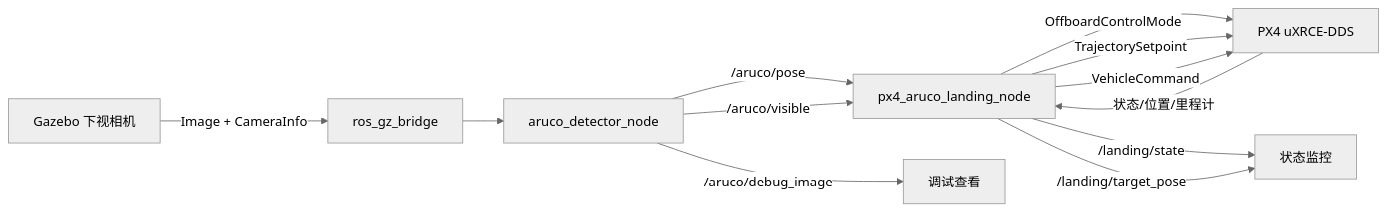
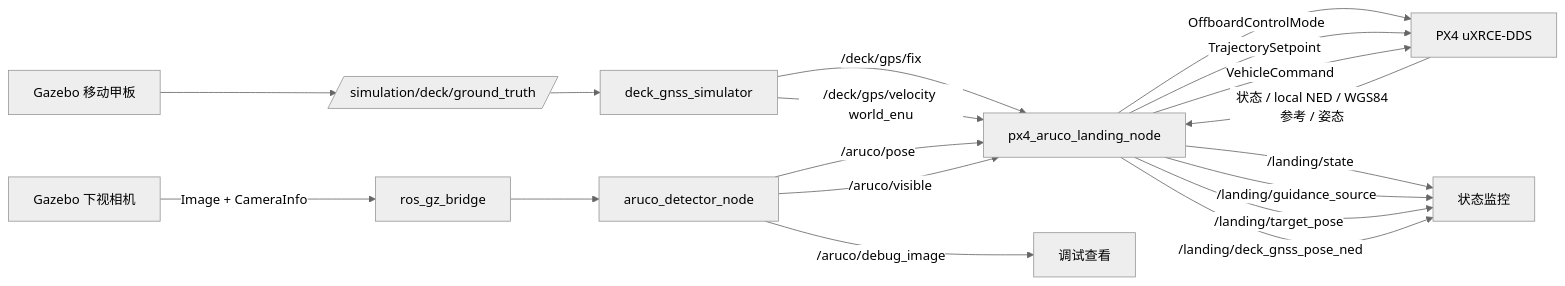
One commit to yjMa23/-ws_aruco_landing changed the diagram in docs/README.md. Above: the diagram before and after it, drawn with Mermaid (neutral theme). The commit also changed other lines of this file and 15 other files, not shown here.

````diff
--- a/docs/README.md
+++ b/docs/README.md
@@ -11,14 +29,23 @@
 ```mermaid
 flowchart LR
+    DECK[Gazebo 移动甲板] --> GT[/simulation/deck/ground_truth/]
+    GT --> GNSS[deck_gnss_simulator]
+    GNSS -->|/deck/gps/fix| CTRL[px4_aruco_landing_node]
+    GNSS -->|/deck/gps/velocity world_enu| CTRL
+
     GZ[Gazebo 下视相机] -->|Image + CameraInfo| BR[ros_gz_bridge]
     BR --> DET[aruco_detector_node]
-    DET -->|/aruco/pose| CTRL[px4_aruco_landing_node]
+    DET -->|/aruco/pose| CTRL
     DET -->|/aruco/visible| CTRL
     DET -->|/aruco/debug_image| VIEW[调试查看]
-    PX4[PX4 uXRCE-DDS] -->|状态/位置/里程计| CTRL
+
+    PX4[PX4 uXRCE-DDS] -->|状态 / local NED / WGS84参考 / 姿态| CTRL
     CTRL -->|OffboardControlMode| PX4
     CTRL -->|TrajectorySetpoint| PX4
     CTRL -->|VehicleCommand| PX4
+
     CTRL -->|/landing/state| MON[状态监控]
+    CTRL -->|/landing/guidance_source| MON
     CTRL -->|/landing/target_pose| MON
+    CTRL -->|/landing/deck_gnss_pose_ned| MON
 ```
````
